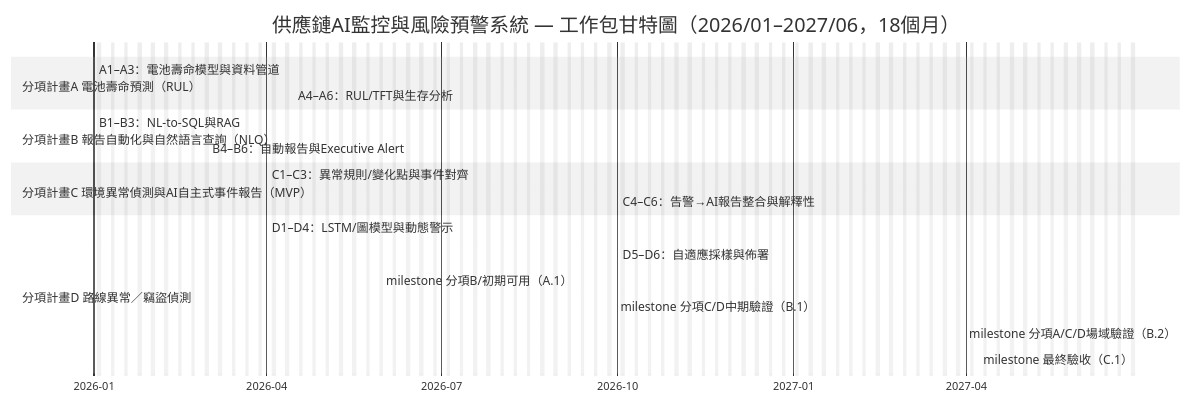
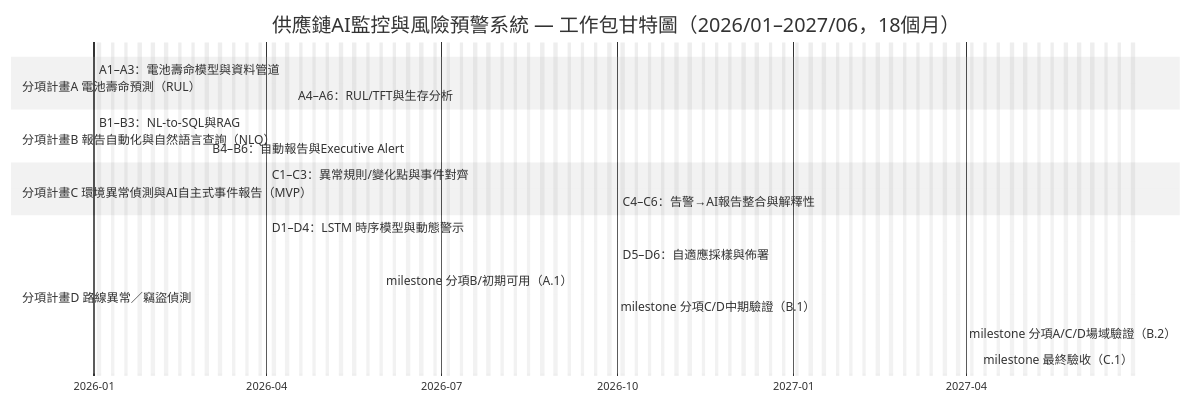
The tenth of 10 diagrams in proposal/AI應用躍昇計畫-計畫書-提交版.md (jshuo/ai-moea-proposal), drawn with Mermaid (neutral theme) before and after one commit. The commit also changed other lines of this file and 1 other file, not shown here.

````diff
--- a/proposal/AI應用躍昇計畫-計畫書-提交版.md
+++ b/proposal/AI應用躍昇計畫-計畫書-提交版.md
@@ -914,28 +913,28 @@
 ```mermaid
 gantt
   title 供應鏈AI監控與風險預警系統 — 工作包甘特圖（2026/01–2027/06，18個月）
   dateFormat  YYYY-MM-DD
   axisFormat  %Y-%m
   excludes    weekends
 
   section 分項計畫A 電池壽命預測（RUL）
   A1–A3：電池壽命模型與資料管道      :a1, 2026-01-01, 4m
    A4–A6：RUL/TFT與生存分析           :a2, 2026-04-15, 6m
 
    section 分項計畫B 報告自動化與自然語言查詢（NLQ）
    B1–B3：NL-to-SQL與RAG            :b1, 2026-01-01, 3.5m
    B4–B6：自動報告與Executive Alert  :b2, 2026-03-01, 2.5m
 
   section 分項計畫C 環境異常偵測與AI自主式事件報告（MVP）
   C1–C3：異常規則/變化點與事件對齊  :c1, 2026-04-01, 8m
   C4–C6：告警→AI報告整合與解釋性     :c2, 2026-10-01, 4m
 
-   section 分項計畫D 路線異常／竊盜偵測
-   D1–D4：LSTM/圖模型與動態警示      :d1, 2026-04-01, 9m
+  section 分項計畫D 路線異常／竊盜偵測
+  D1–D4：LSTM 時序模型與動態警示      :d1, 2026-04-01, 9m
    D5–D6：自適應採樣與佈署          :d2, 2026-10-01, 5m
 
    milestone 分項B/初期可用（A.1）   :m1, 2026-05-31, 0d
    milestone 分項C/D中期驗證（B.1）  :m2, 2026-09-30, 0d
    milestone 分項A/C/D場域驗證（B.2）:m3, 2027-03-31, 0d
   milestone 最終驗收（C.1）         :m4, 2027-06-30, 0d
 ```
````
